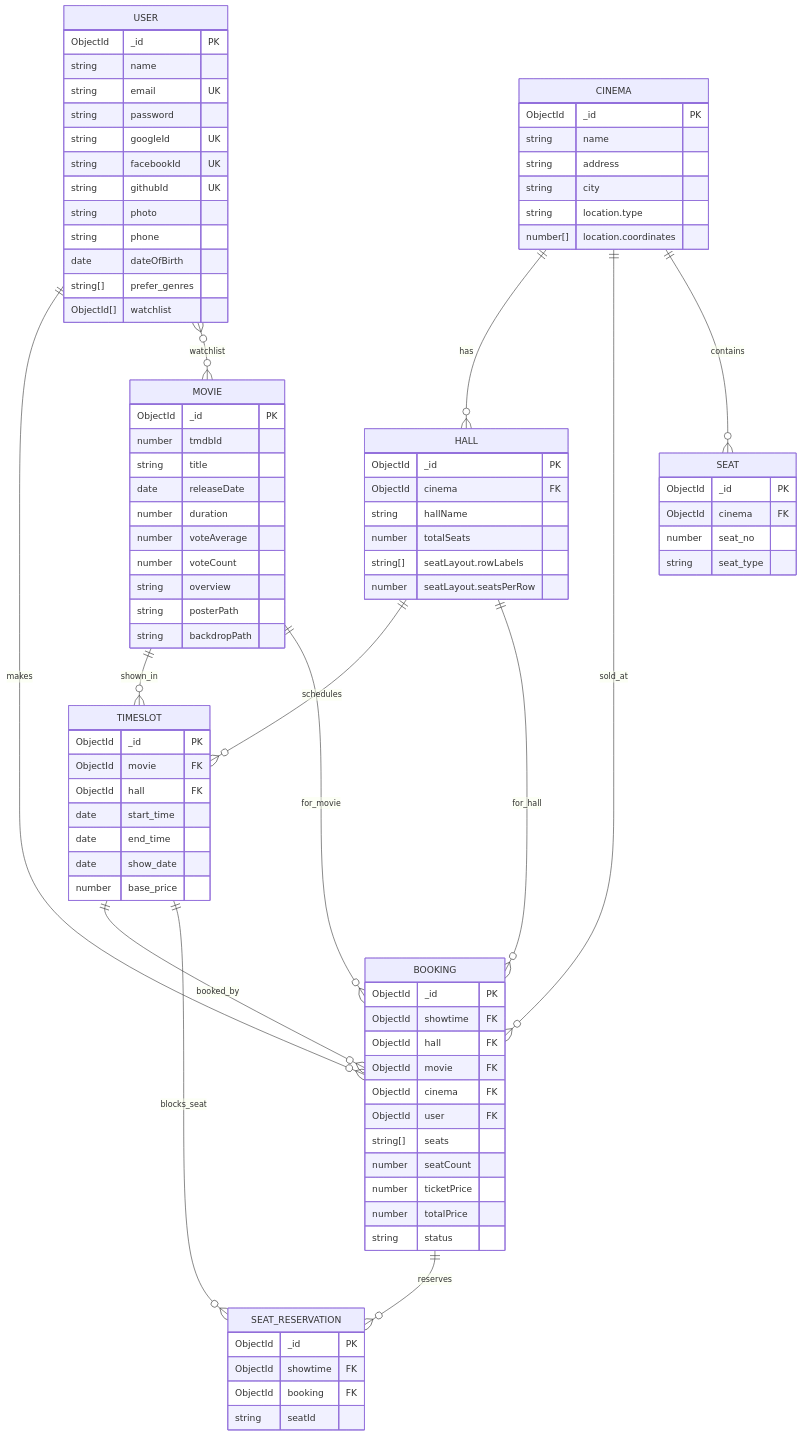
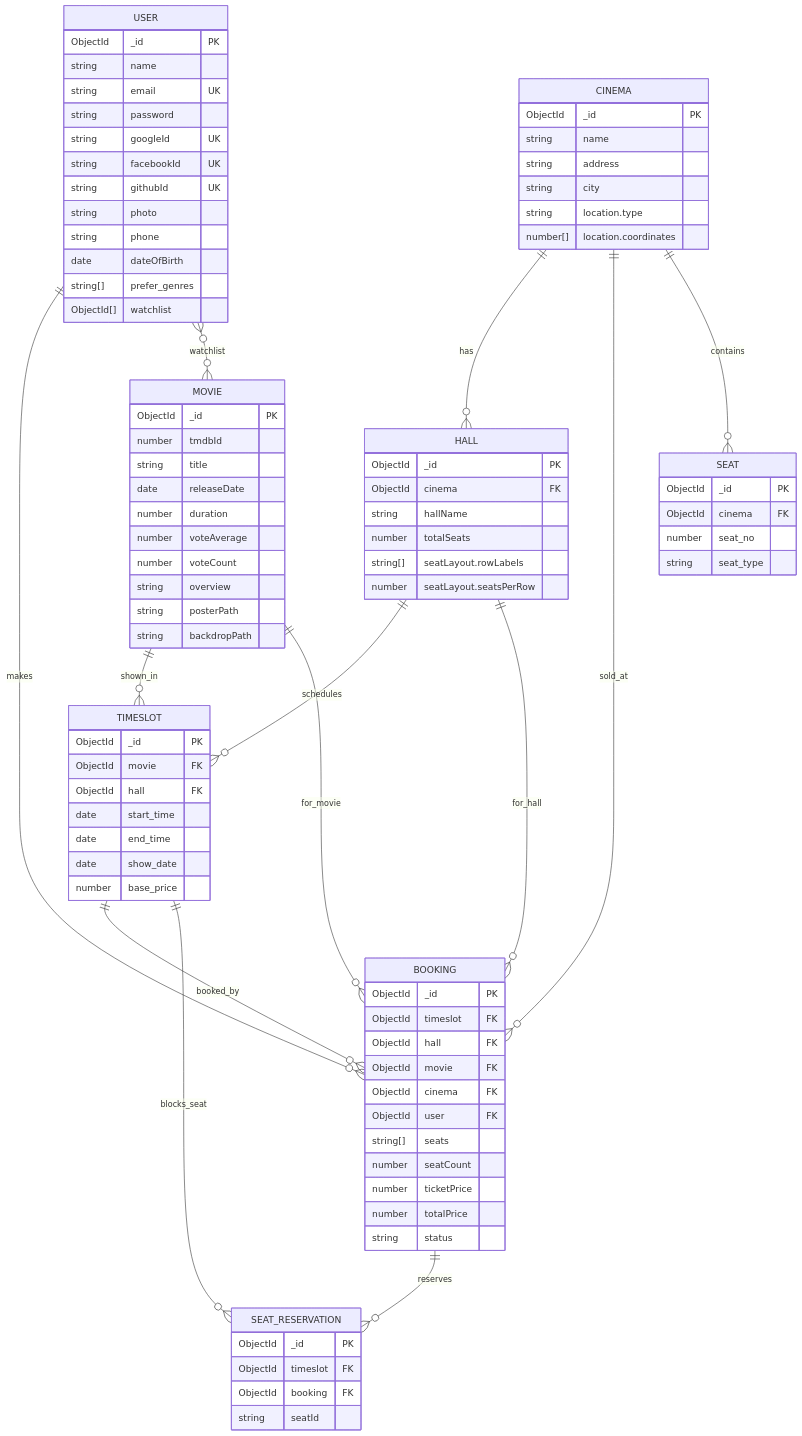
Before and after one commit to MyoWin-andrDev/CineGo-Backend: the diagram in src/docs/ERD.md, drawn with Mermaid. The commit also changed other lines of this file and 10 other files, not shown here.

```diff
--- a/src/docs/ERD.md
+++ b/src/docs/ERD.md
@@ -60,7 +60,7 @@
 
     BOOKING {
         ObjectId _id PK
-        ObjectId showtime FK
+        ObjectId timeslot FK
         ObjectId hall FK
         ObjectId movie FK
         ObjectId cinema FK
@@ -74,7 +74,7 @@
 
     SEAT_RESERVATION {
         ObjectId _id PK
-        ObjectId showtime FK
+        ObjectId timeslot FK
         ObjectId booking FK
         string seatId
     }
```
